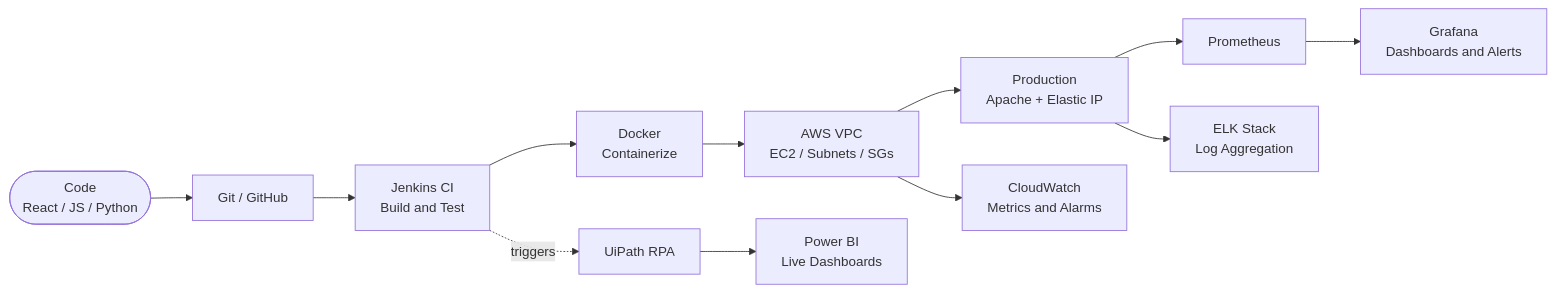
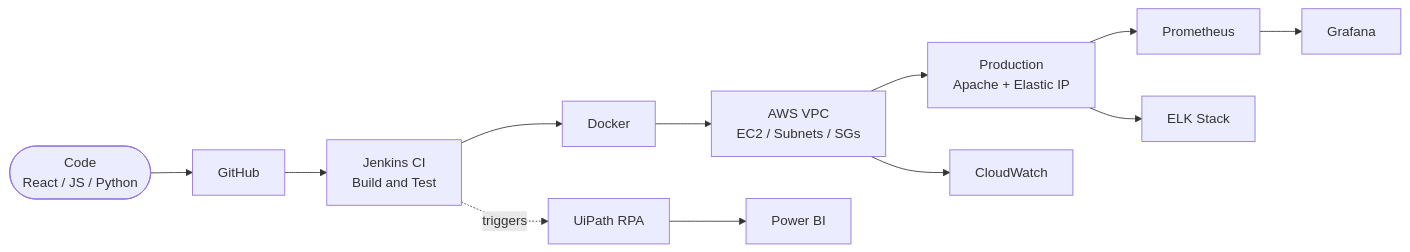
One commit to psgaikwad2003/psgaikwad2003 changed the diagram in README.md. Above: the diagram before and after it, drawn with Mermaid. The commit also changed other lines of this file, not shown here.

````diff
--- a/README.md
+++ b/README.md
@@ -80,14 +164,14 @@
 ```mermaid
 flowchart LR
-    A(["Code<br/>React / JS / Python"]) --> B["Git / GitHub"]
+    A(["Code<br/>React / JS / Python"]) --> B["GitHub"]
     B --> C["Jenkins CI<br/>Build and Test"]
-    C --> D["Docker<br/>Containerize"]
+    C --> D["Docker"]
     D --> E["AWS VPC<br/>EC2 / Subnets / SGs"]
     E --> F["Production<br/>Apache + Elastic IP"]
-    E --> G["CloudWatch<br/>Metrics and Alarms"]
+    E --> G["CloudWatch"]
     F --> J["Prometheus"]
-    J --> K["Grafana<br/>Dashboards and Alerts"]
-    F --> L["ELK Stack<br/>Log Aggregation"]
+    J --> K["Grafana"]
+    F --> L["ELK Stack"]
     C -.triggers.-> H["UiPath RPA"]
-    H --> I["Power BI<br/>Live Dashboards"]
+    H --> I["Power BI"]
 ```
````
